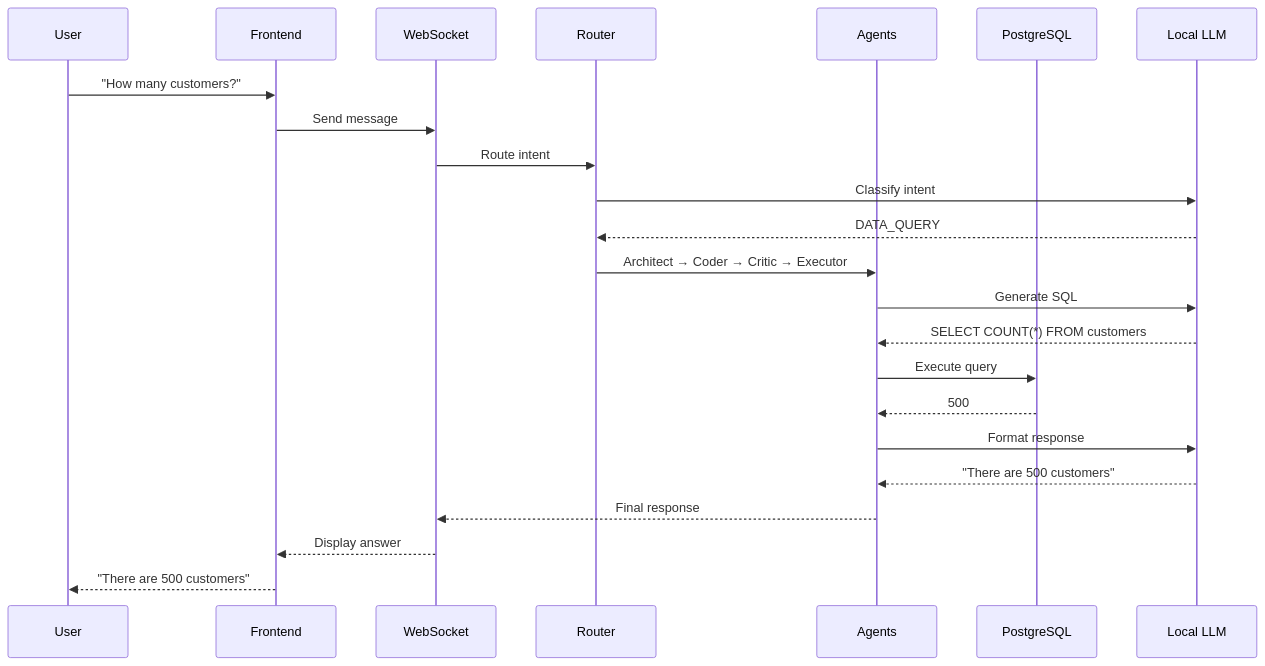
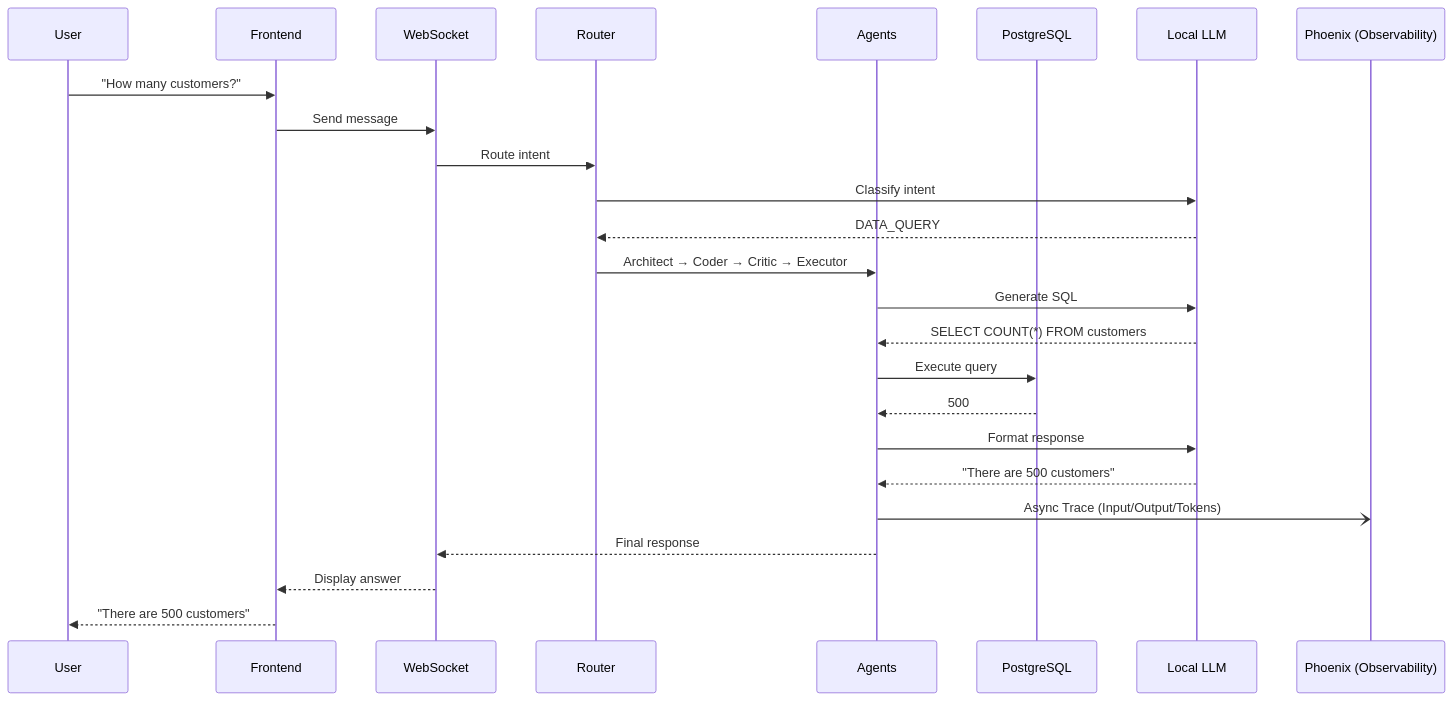
Before and after one commit to kaushikkumarkr/Antigravit: the second of 2 diagrams in README.md, drawn with Mermaid. The commit also changed other lines of this file, not shown here.

First line of the commit message:
docs: update system architecture and readme

````diff
--- a/README.md
+++ b/README.md
@@ -118,26 +131,28 @@
 ```mermaid
 sequenceDiagram
     participant U as User
     participant F as Frontend
     participant WS as WebSocket
     participant R as Router
     participant A as Agents
     participant DB as PostgreSQL
     participant LLM as Local LLM
+    participant P as Phoenix (Observability)
     
     U->>F: "How many customers?"
     F->>WS: Send message
     WS->>R: Route intent
     R->>LLM: Classify intent
     LLM-->>R: DATA_QUERY
     R->>A: Architect → Coder → Critic → Executor
     A->>LLM: Generate SQL
     LLM-->>A: SELECT COUNT(*) FROM customers
     A->>DB: Execute query
     DB-->>A: 500
     A->>LLM: Format response
     LLM-->>A: "There are 500 customers"
+    A-)P: Async Trace (Input/Output/Tokens)
     A-->>WS: Final response
     WS-->>F: Display answer
     F-->>U: "There are 500 customers"
 ```
````
